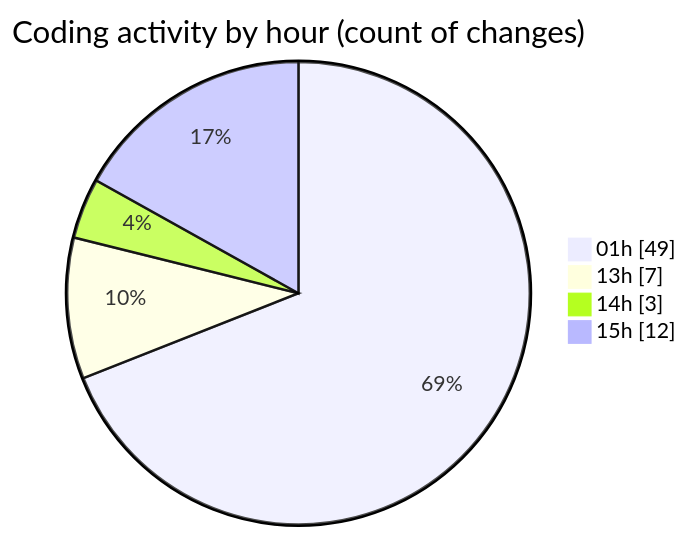
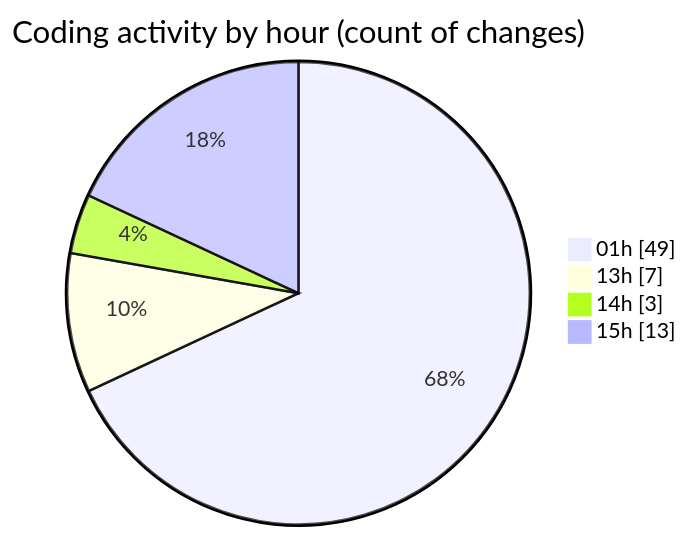
The second of 2 diagrams in 2025-09-02/quanlylink/README.md (lephambinh05/code-tracking), drawn with Mermaid before and after one commit. The commit also changed other lines of this file and 1 other file, not shown here.

````diff
--- a/2025-09-02/quanlylink/README.md
+++ b/2025-09-02/quanlylink/README.md
@@ -59,8 +59,8 @@
 ```mermaid
 pie showData
 title Coding activity by hour (count of changes)
 "01h" : 49
 "13h" : 7
 "14h" : 3
-"15h" : 12
+"15h" : 13
 ```
````
